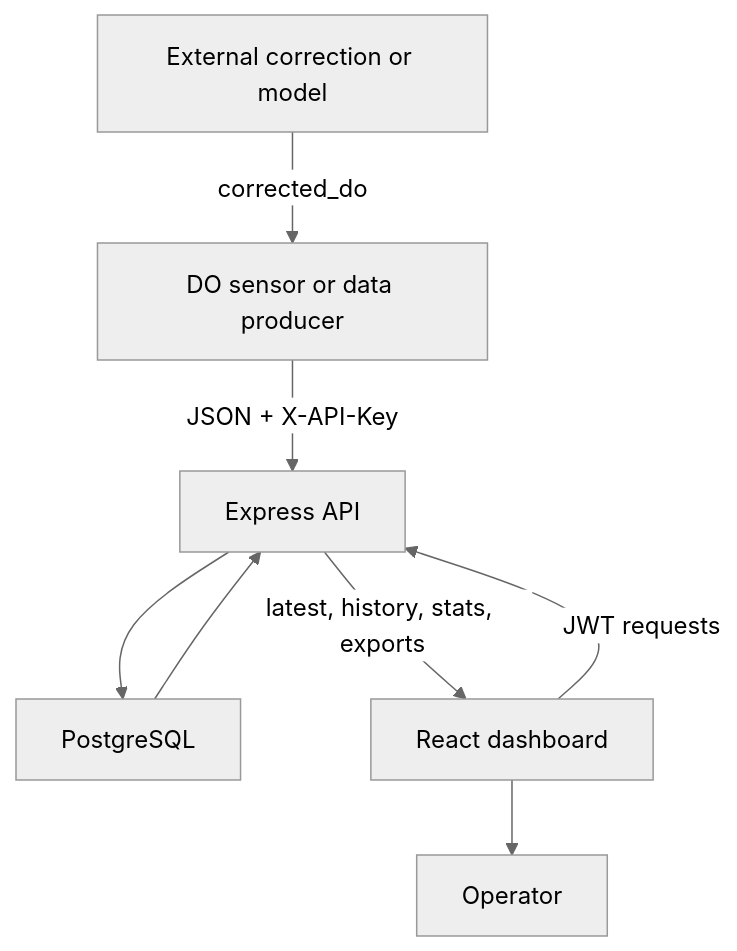
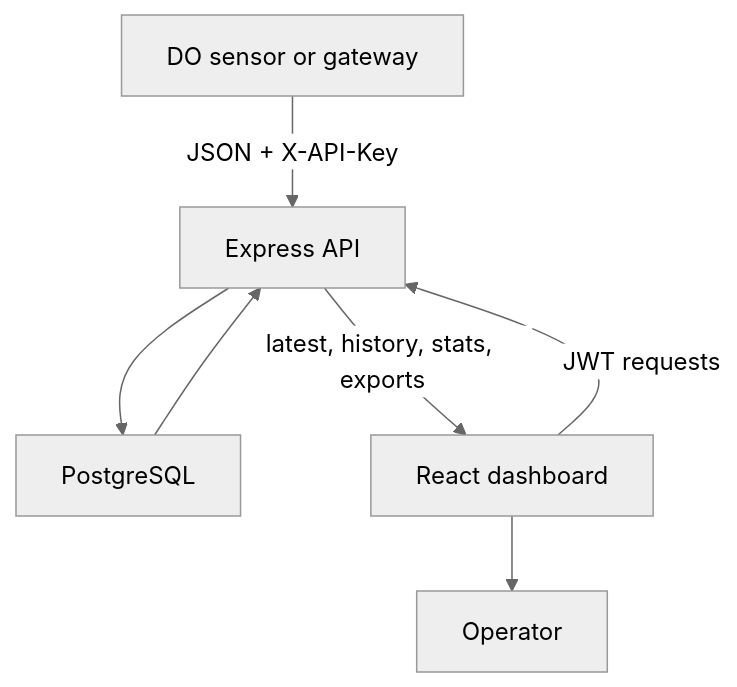
The first of 2 diagrams in README.md (Agnibha-31/DO-Automation-IoT), drawn with Mermaid (neutral theme) before and after one commit. The commit also changed other lines of this file, not shown here.

```diff
--- a/README.md
+++ b/README.md
@@ -181,10 +177,9 @@
 ~~~mermaid
 flowchart TD
-    A["DO sensor or data producer"] -->|"JSON + X-API-Key"| B["Express API"]
-    M["External correction or model"] -->|"corrected_do"| A
+    A["DO sensor or gateway"] -->|"JSON + X-API-Key"| B["Express API"]
     B --> C["PostgreSQL"]
     C --> B
     D["React dashboard"] -->|"JWT requests"| B
     B -->|"latest, history, stats, exports"| D
     D --> E["Operator"]
 ~~~
```
